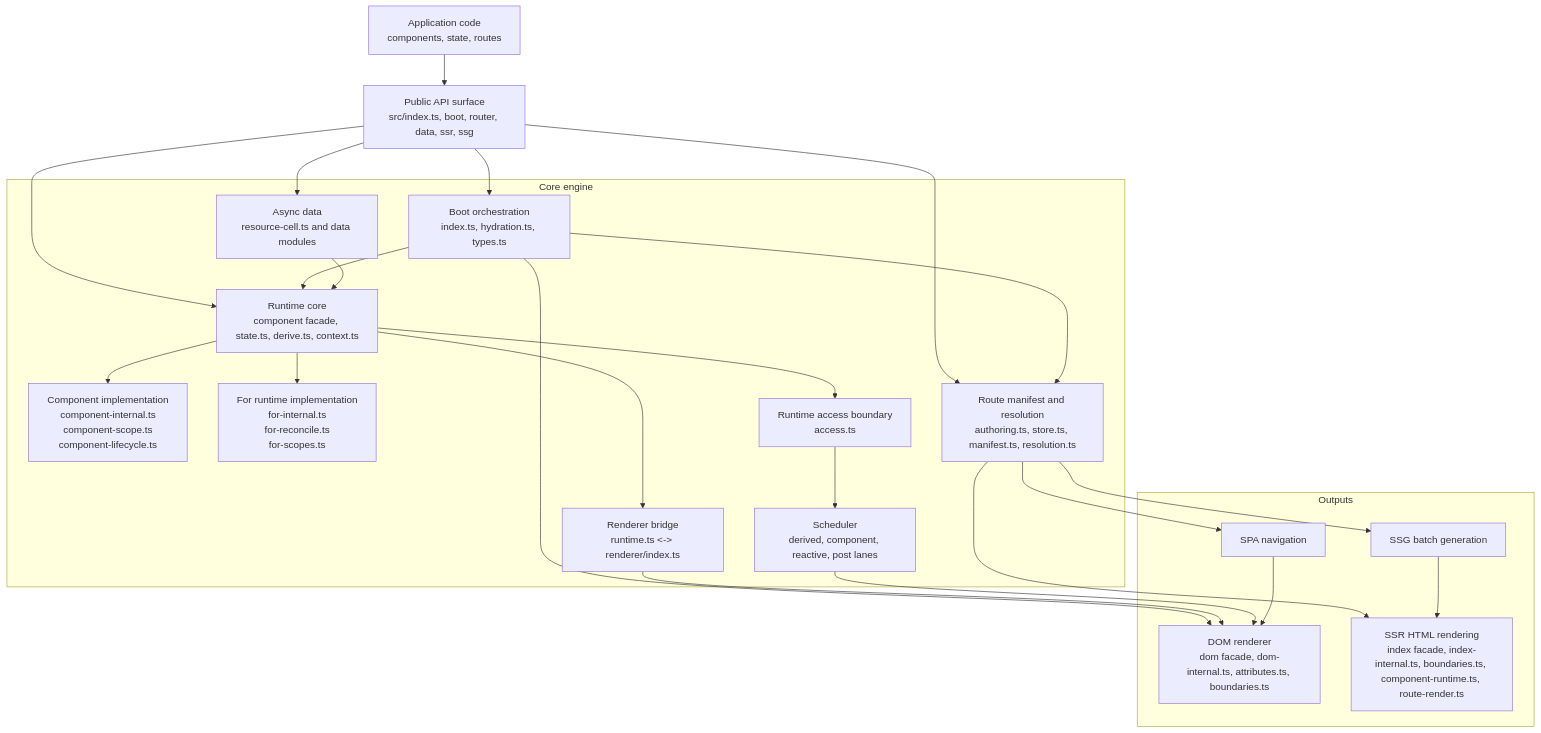
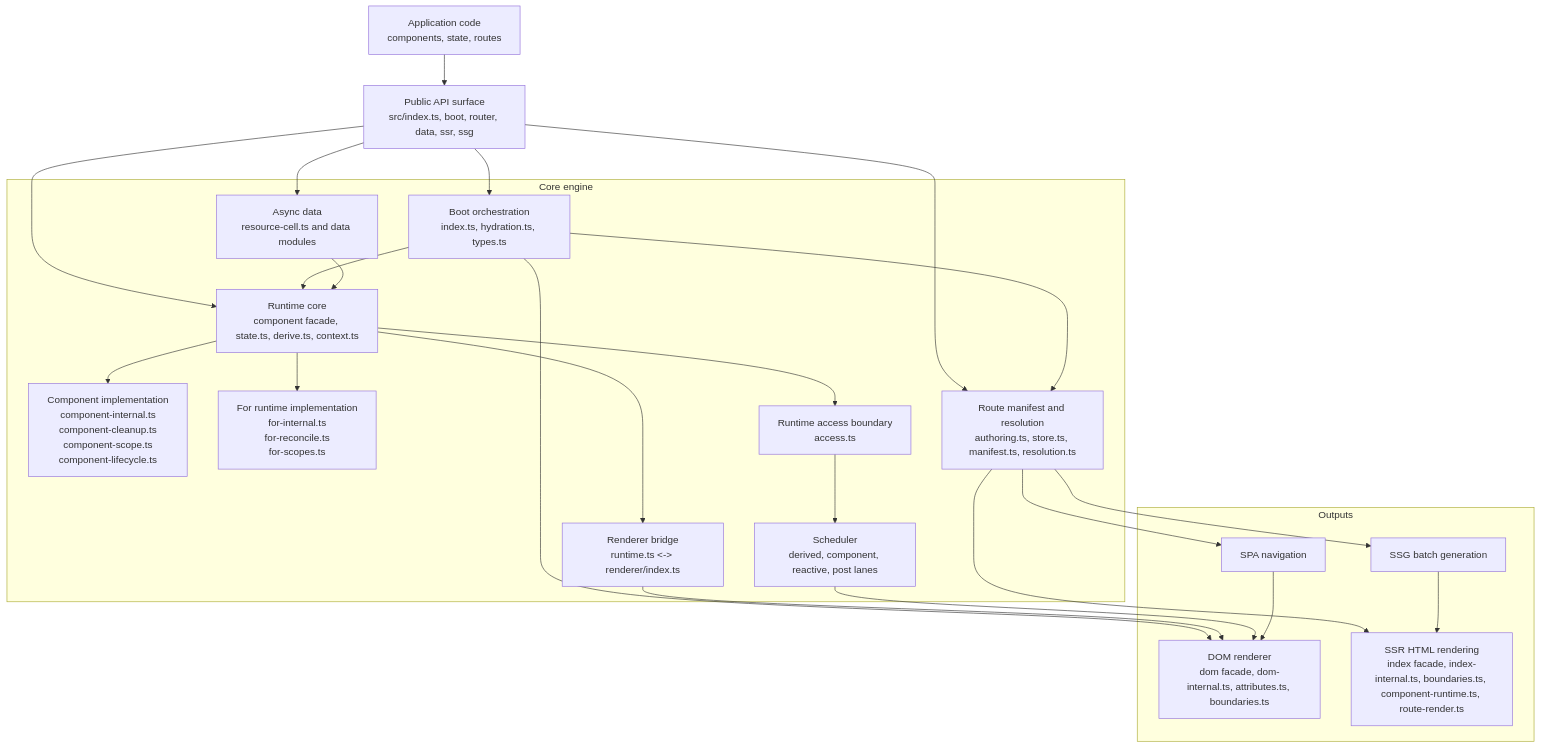
The first of 2 diagrams in docs/internals/core-engine-design.md (askrjs/askr), drawn with Mermaid before and after one commit. The commit also changed other lines of this file and 4 other files, not shown here.

Commit message:
Split component cleanup ownership

````diff
--- a/docs/internals/core-engine-design.md
+++ b/docs/internals/core-engine-design.md
@@ -15,46 +15,46 @@
 ```mermaid
 flowchart TB
   app[Application code<br/>components, state, routes]
   publicApi[Public API surface<br/>src/index.ts, boot, router, data, ssr, ssg]
 
   subgraph engine[Core engine]
     boot[Boot orchestration<br/>index.ts, hydration.ts, types.ts]
     runtime[Runtime core<br/>component facade, state.ts, derive.ts, context.ts]
-    componentCore[Component implementation<br/>component-internal.ts<br/>component-scope.ts<br/>component-lifecycle.ts]
+    componentCore[Component implementation<br/>component-internal.ts<br/>component-cleanup.ts<br/>component-scope.ts<br/>component-lifecycle.ts]
     forCore[For runtime implementation<br/>for-internal.ts<br/>for-reconcile.ts<br/>for-scopes.ts]
     runtimeAccess[Runtime access boundary<br/>access.ts]
     scheduler[Scheduler<br/>derived, component, reactive, post lanes]
     rendererBridge[Renderer bridge<br/>runtime.ts <-> renderer/index.ts]
     routerManifest[Route manifest and resolution<br/>authoring.ts, store.ts, manifest.ts, resolution.ts]
     asyncData[Async data<br/>resource-cell.ts and data modules]
   end
 
   subgraph outputs[Outputs]
     dom[DOM renderer<br/>dom facade, dom-internal.ts, attributes.ts, boundaries.ts]
     spa[SPA navigation]
     ssr[SSR HTML rendering<br/>index facade, index-internal.ts, boundaries.ts, component-runtime.ts, route-render.ts]
     ssg[SSG batch generation]
   end
 
   app --> publicApi
   publicApi --> boot
   publicApi --> runtime
   publicApi --> routerManifest
   publicApi --> asyncData
   boot --> runtime
   boot --> routerManifest
   boot --> dom
   runtime --> runtimeAccess
   runtime --> componentCore
   runtime --> forCore
   runtimeAccess --> scheduler
   runtime --> rendererBridge
   asyncData --> runtime
   routerManifest --> spa
   routerManifest --> ssr
   routerManifest --> ssg
   rendererBridge --> dom
   scheduler --> dom
   spa --> dom
   ssg --> ssr
 ```
````
